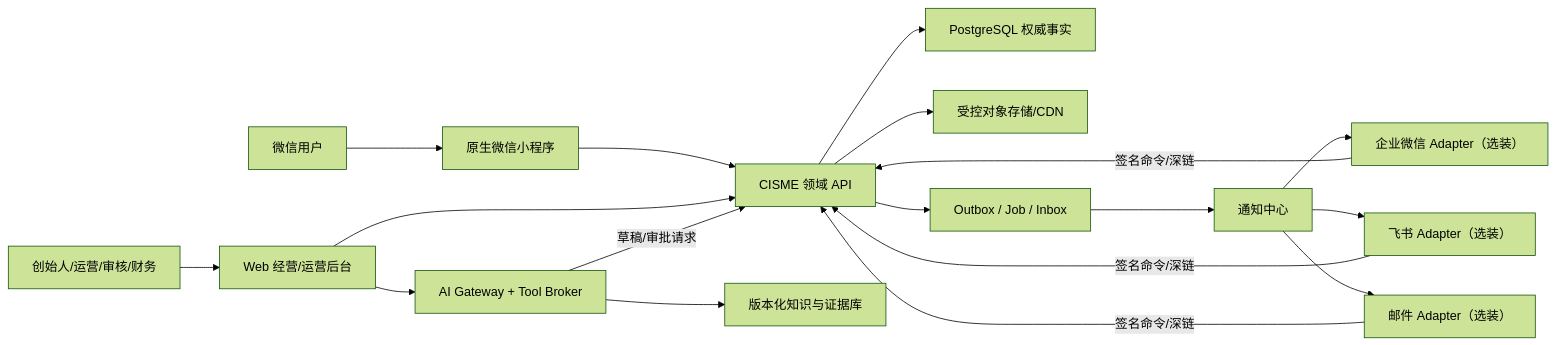
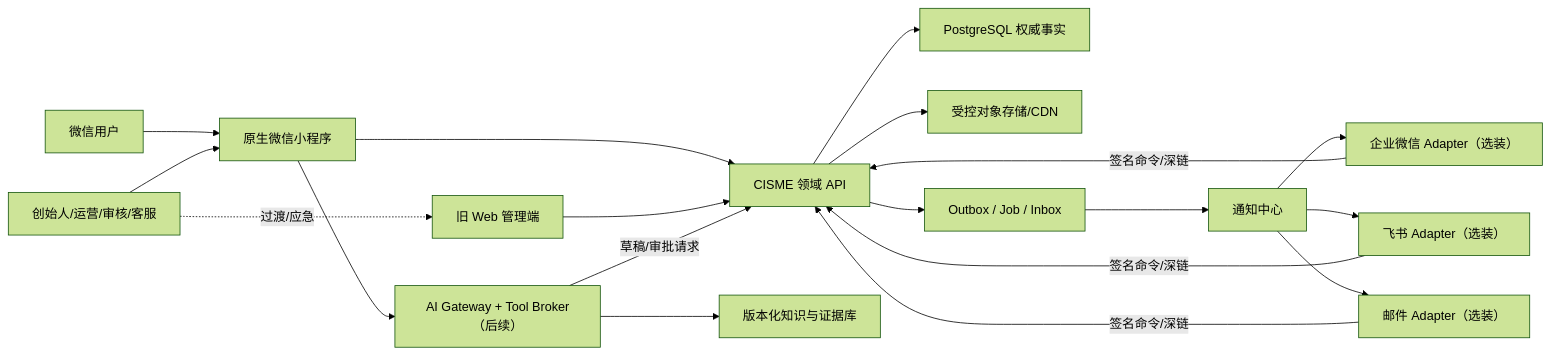
The first of 2 diagrams in docs/product/CISME-产品需求文档-PRD-V2.1-R4.md (Eysn0130/cisme-wechat-miniapp), drawn with Mermaid (forest theme) before and after one commit. The commit also changed other lines of this file and 155 other files, not shown here.

````diff
--- a/docs/product/CISME-产品需求文档-PRD-V2.1-R4.md
+++ b/docs/product/CISME-产品需求文档-PRD-V2.1-R4.md
@@ -328,18 +347,19 @@
 ```mermaid
 flowchart LR
     U["微信用户"] --> MP["原生微信小程序"]
-    STAFF["创始人/运营/审核/财务"] --> ADM["Web 经营/运营后台"]
+    STAFF["创始人/运营/审核/客服"] --> MP
+    STAFF -. "过渡/应急" .-> ADM["旧 Web 管理端"]
     MP --> API["CISME 领域 API"]
     ADM --> API
     API --> DB["PostgreSQL 权威事实"]
     API --> OSS["受控对象存储/CDN"]
     API --> OUTBOX["Outbox / Job / Inbox"]
-    ADM --> AIGW["AI Gateway + Tool Broker"]
+    MP --> AIGW["AI Gateway + Tool Broker（后续）"]
     AIGW --> KB["版本化知识与证据库"]
     AIGW -- "草稿/审批请求" --> API
     OUTBOX --> HUB["通知中心"]
     HUB --> WXWORK["企业微信 Adapter（选装）"]
     HUB --> FEISHU["飞书 Adapter（选装）"]
     HUB --> MAIL["邮件 Adapter（选装）"]
     WXWORK & FEISHU & MAIL -- "签名命令/深链" --> API
 ```
````
